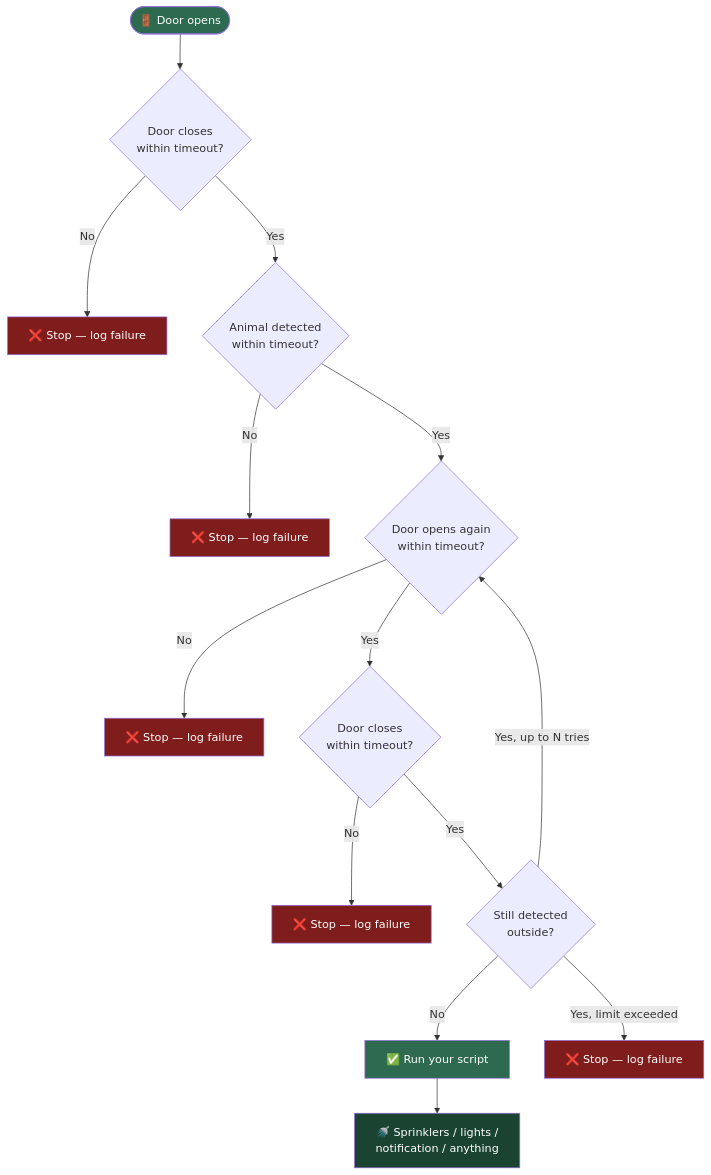
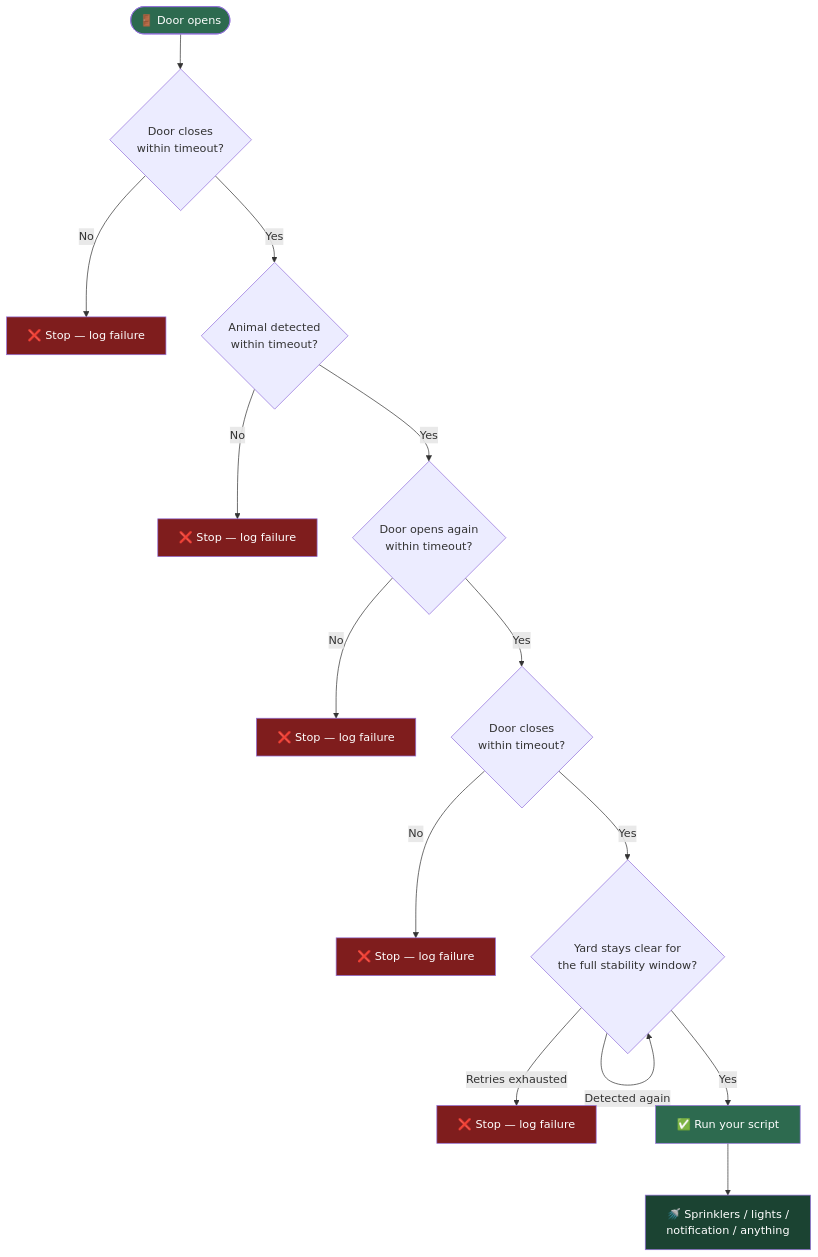
One commit to RedBeardBrownEyes/Dog-Save-the-Lawn changed the diagram in README.md. Above: the diagram before and after it, drawn with Mermaid. The commit also changed other lines of this file and 1 other file, not shown here.

````diff
--- a/README.md
+++ b/README.md
@@ -17,25 +17,25 @@
 ```mermaid
 flowchart TD
     A([🚪 Door opens]) --> B{Door closes<br/>within timeout?}
     B -- No --> F1[❌ Stop — log failure]
     B -- Yes --> C{Animal detected<br/>within timeout?}
     C -- No --> F2[❌ Stop — log failure]
     C -- Yes --> D{Door opens again<br/>within timeout?}
     D -- No --> F3[❌ Stop — log failure]
     D -- Yes --> E{Door closes<br/>within timeout?}
     E -- No --> F4[❌ Stop — log failure]
-    E -- Yes --> S{Still detected<br/>outside?}
-    S -- Yes, up to N tries --> D
-    S -- No --> G[✅ Run your script]
-    S -- Yes, limit exceeded --> F5[❌ Stop — log failure]
+    E -- Yes --> S{Yard stays clear for<br/>the full stability window?}
+    S -- Detected again --> S
+    S -- Yes --> G[✅ Run your script]
+    S -- Retries exhausted --> F5[❌ Stop — log failure]
     G --> H[🚿 Sprinklers / lights /<br/>notification / anything]
 
     style A fill:#2d6a4f,color:#fff
     style G fill:#2d6a4f,color:#fff
     style H fill:#1b4332,color:#fff
     style F1 fill:#7f1d1d,color:#fff
     style F2 fill:#7f1d1d,color:#fff
     style F3 fill:#7f1d1d,color:#fff
     style F4 fill:#7f1d1d,color:#fff
     style F5 fill:#7f1d1d,color:#fff
 ```
````
